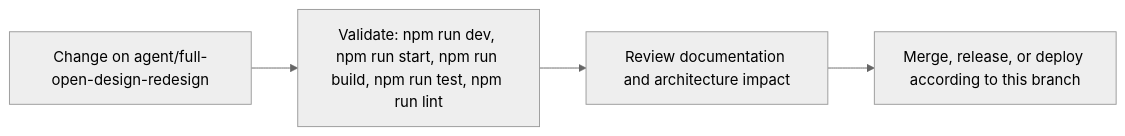
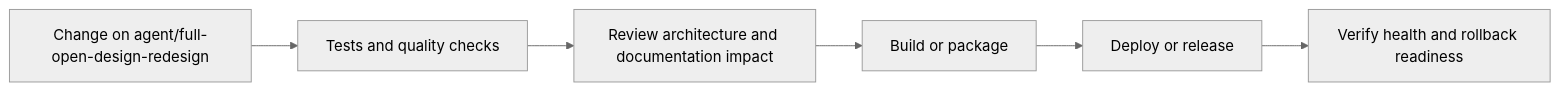
The fifth of 6 diagrams in README.md (Nischhalsubba/BindForge-NW), drawn with Mermaid (neutral theme) before and after one commit. The commit also changed other lines of this file, not shown here.

````diff
--- a/README.md
+++ b/README.md
@@ -87,8 +183,8 @@
 ```mermaid
 flowchart LR
-    CHANGE["Change on agent/full-open-design-redesign"]
-    CHECK["Validate: npm run dev, npm run start, npm run build, npm run test, npm run lint"]
-    REVIEW["Review documentation and architecture impact"]
-    RELEASE["Merge, release, or deploy according to this branch"]
-    CHANGE --> CHECK --> REVIEW --> RELEASE
+    CHANGE["Change on agent/full-open-design-redesign"] --> CHECK["Tests and quality checks"]
+    CHECK --> REVIEW["Review architecture and documentation impact"]
+    REVIEW --> BUILD["Build or package"]
+    BUILD --> DEPLOY["Deploy or release"]
+    DEPLOY --> VERIFY["Verify health and rollback readiness"]
 ```
````
